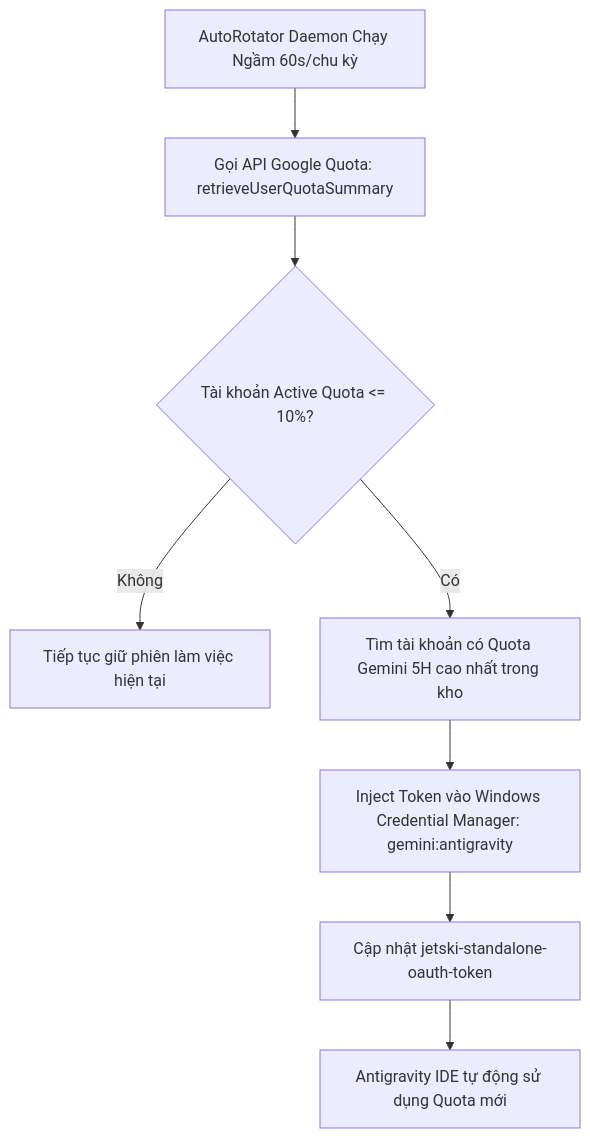
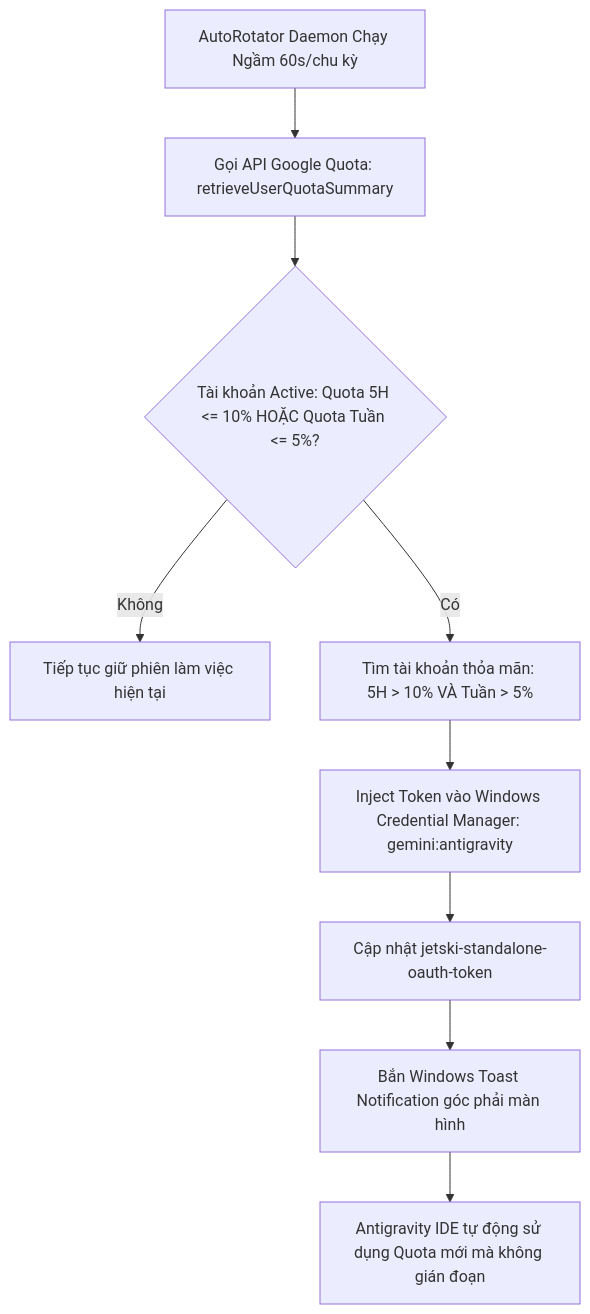
One commit to datdtpl-maker/Antigravity-Auto-Hub changed the diagram in README.md. Above: the diagram before and after it, drawn with Mermaid. The commit also changed other lines of this file, not shown here.

Commit message:
docs: update README for release v1.1.0 (Dual Quota Protection & Toast Notifications)

````diff
--- a/README.md
+++ b/README.md
@@ -71,10 +79,11 @@
 ```mermaid
 graph TD
     A[AutoRotator Daemon Chạy Ngầm 60s/chu kỳ] --> B[Gọi API Google Quota: retrieveUserQuotaSummary]
-    B --> C{Tài khoản Active Quota <= 10%?}
+    B --> C{Tài khoản Active: Quota 5H <= 10% HOẶC Quota Tuần <= 5%?}
     C -->|Không| D[Tiếp tục giữ phiên làm việc hiện tại]
-    C -->|Có| E[Tìm tài khoản có Quota Gemini 5H cao nhất trong kho]
+    C -->|Có| E[Tìm tài khoản thỏa mãn: 5H > 10% VÀ Tuần > 5%]
     E --> F[Inject Token vào Windows Credential Manager: gemini:antigravity]
     F --> G[Cập nhật jetski-standalone-oauth-token]
-    G --> H[Antigravity IDE tự động sử dụng Quota mới]
+    G --> H[Bắn Windows Toast Notification góc phải màn hình]
+    H --> I[Antigravity IDE tự động sử dụng Quota mới mà không gián đoạn]
 ```
````
